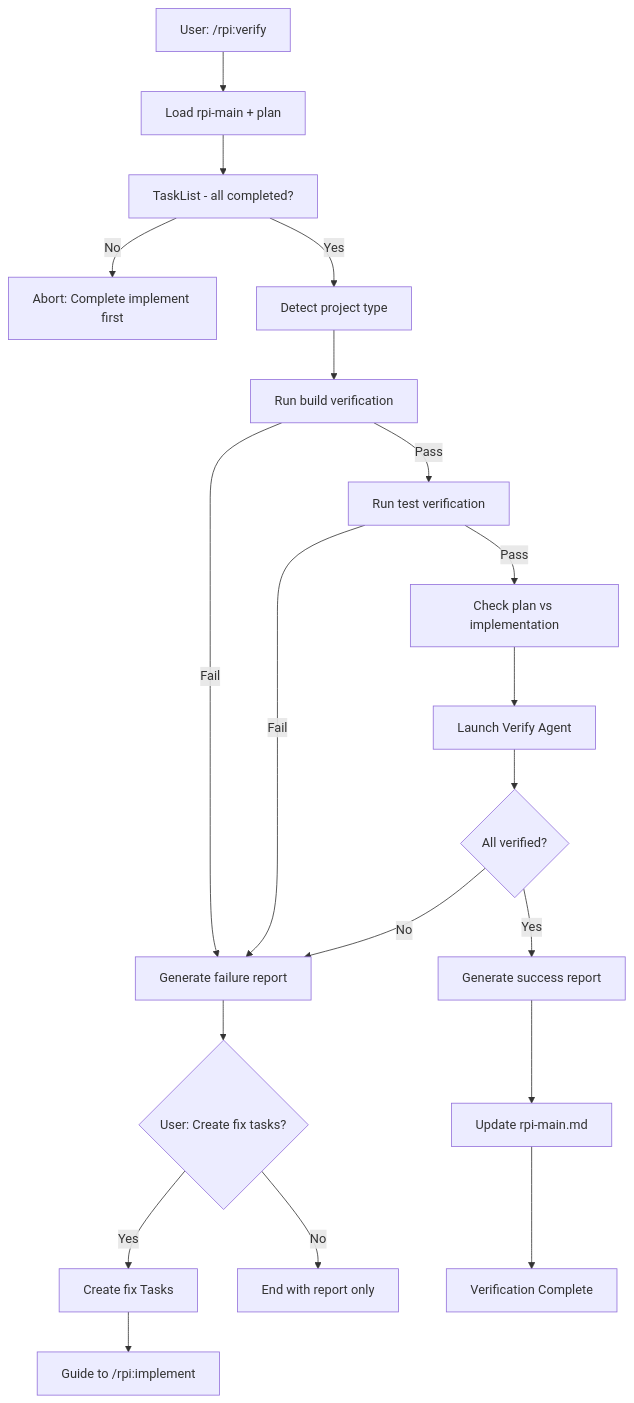
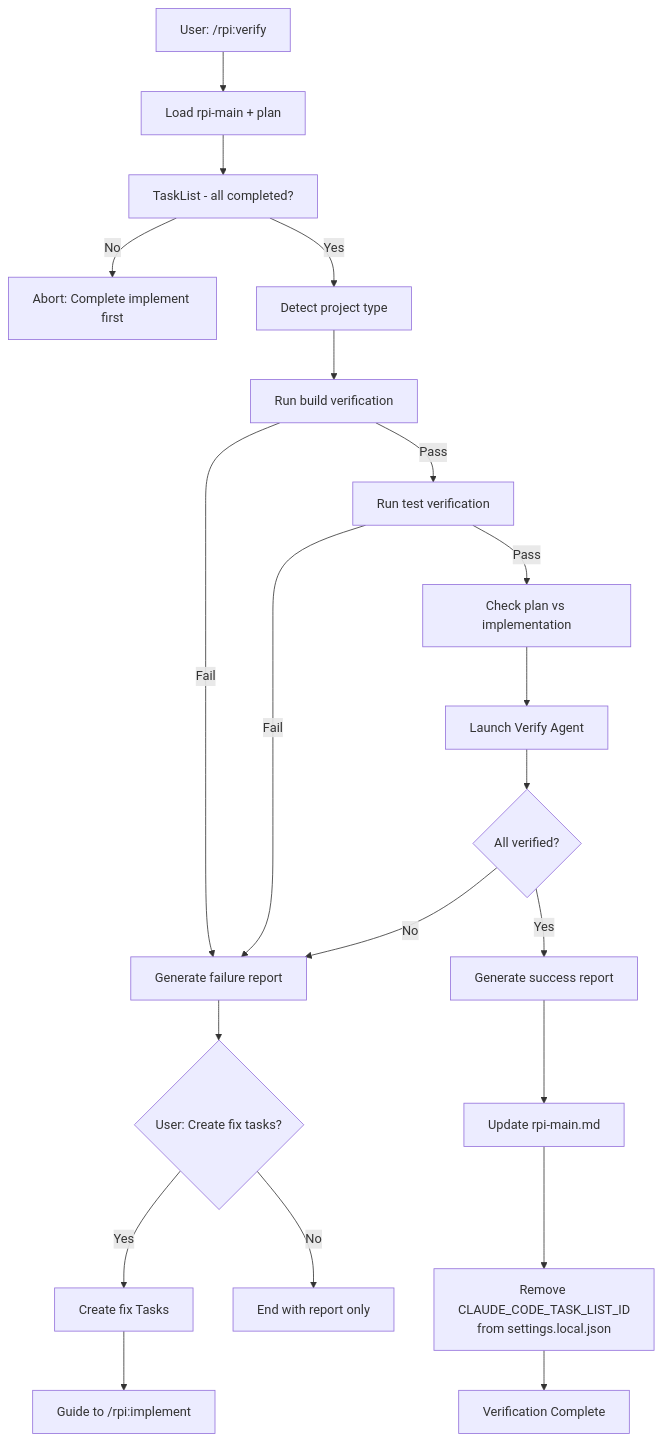
The diagram in commands/verify.md (ValseLee/RPIWorkflow), drawn with Mermaid before and after one commit. The commit also changed other lines of this file, not shown here.

Commit message:
✨ feat: add env cleanup after successful verification

````diff
--- a/commands/verify.md
+++ b/commands/verify.md
@@ -33,22 +33,23 @@
 ```mermaid
 flowchart TB
     Start[User: /rpi:verify] --> Load[Load rpi-main + plan]
     Load --> TaskCheck[TaskList - all completed?]
     TaskCheck -->|No| Abort[Abort: Complete implement first]
     TaskCheck -->|Yes| Detect[Detect project type]
     Detect --> Build[Run build verification]
     Build -->|Fail| Report[Generate failure report]
     Build -->|Pass| Test[Run test verification]
     Test -->|Fail| Report
     Test -->|Pass| PlanCheck[Check plan vs implementation]
     PlanCheck --> Agent[Launch Verify Agent]
     Agent --> Results{All verified?}
     Results -->|No| Report
     Results -->|Yes| Success[Generate success report]
     Report --> AskFix{User: Create fix tasks?}
     AskFix -->|Yes| CreateTasks[Create fix Tasks]
     AskFix -->|No| End[End with report only]
     CreateTasks --> GuideImpl[Guide to /rpi:implement]
     Success --> UpdateMain[Update rpi-main.md]
-    UpdateMain --> Complete[Verification Complete]
+    UpdateMain --> CleanEnv[Remove CLAUDE_CODE_TASK_LIST_ID<br/>from settings.local.json]
+    CleanEnv --> Complete[Verification Complete]
 ```
````
